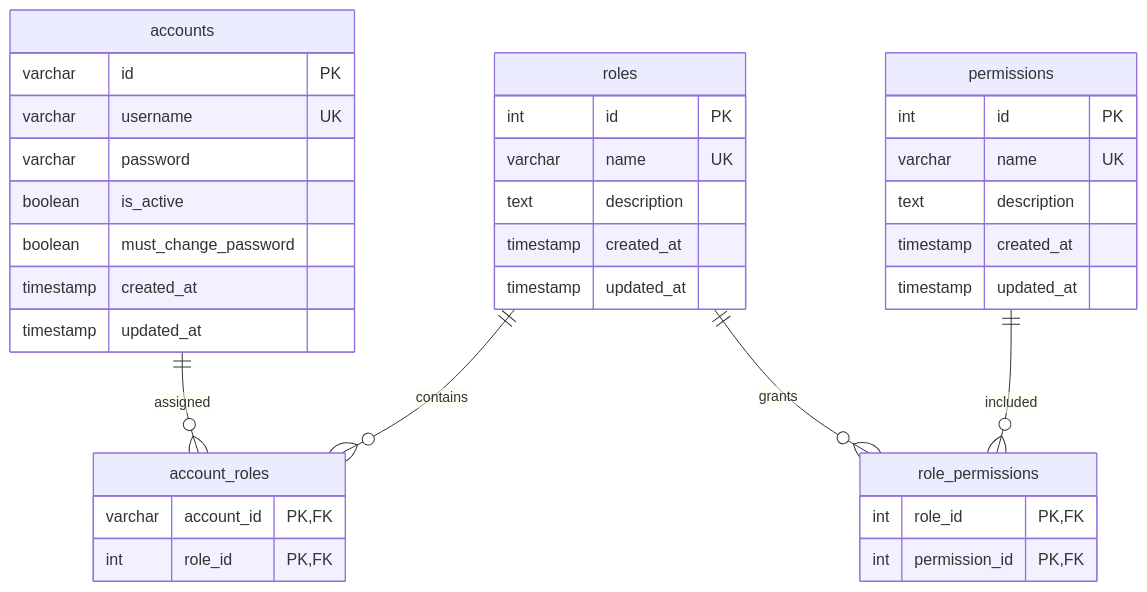
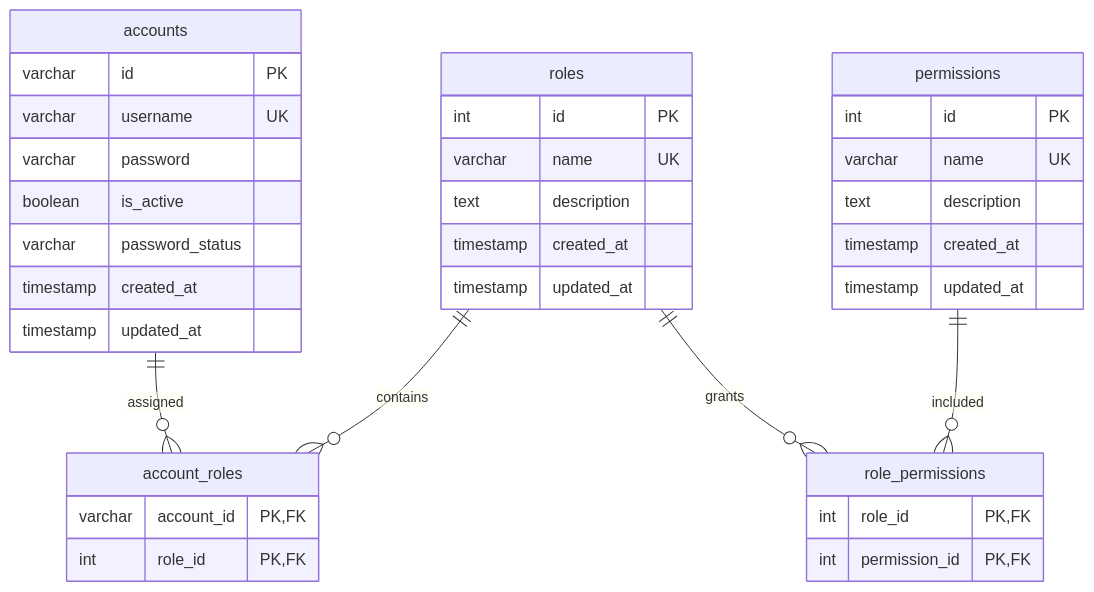
One commit to PhungMinhQuang0811/MetroBus_Ops_FE changed the first of 2 diagrams in document/Draft Schema auth_db và afc_ops_db.md. Above: the diagram before and after it, drawn with Mermaid. The commit also changed other lines of this file and 24 other files, not shown here.

````diff
--- a/document/Draft Schema auth_db và afc_ops_db.md
+++ b/document/Draft Schema auth_db và afc_ops_db.md
@@ -69,43 +70,43 @@
 ```mermaid
 erDiagram
     accounts ||--o{ account_roles : assigned
     roles ||--o{ account_roles : contains
     roles ||--o{ role_permissions : grants
     permissions ||--o{ role_permissions : included
 
     accounts {
         varchar id PK
         varchar username UK
         varchar password
         boolean is_active
-        boolean must_change_password
+        varchar password_status
         timestamp created_at
         timestamp updated_at
     }
 
     roles {
         int id PK
         varchar name UK
         text description
         timestamp created_at
         timestamp updated_at
     }
 
     permissions {
         int id PK
         varchar name UK
         text description
         timestamp created_at
         timestamp updated_at
     }
 
     account_roles {
         varchar account_id PK,FK
         int role_id PK,FK
     }
 
     role_permissions {
         int role_id PK,FK
         int permission_id PK,FK
     }
 ```
````
